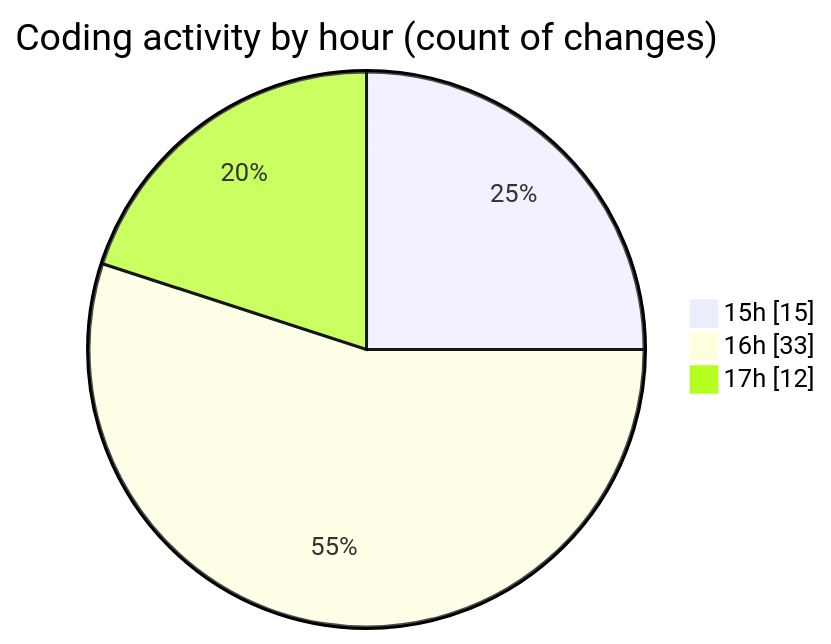
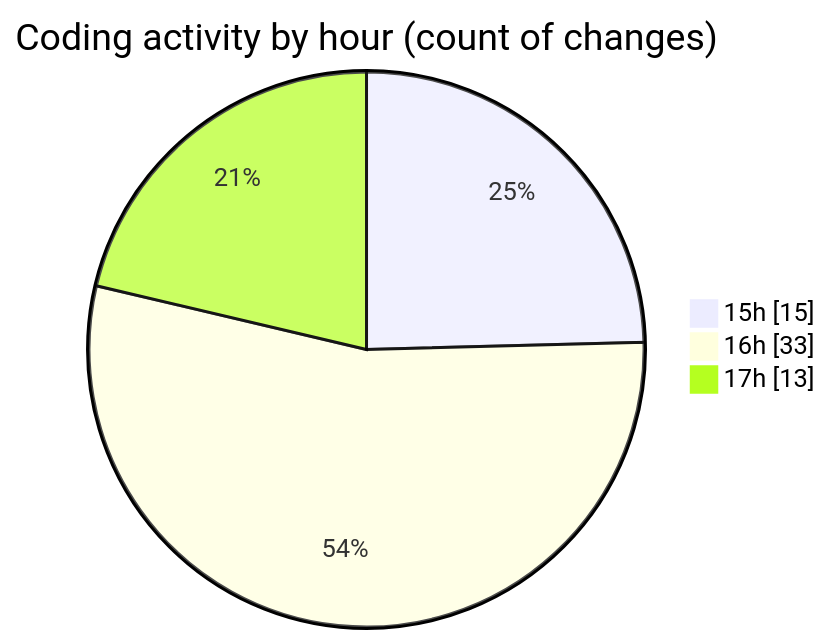
The second of 2 diagrams in 2025-02-25/trackers_app/README.md (donsfak/code-tracking), drawn with Mermaid before and after one commit. The commit also changed other lines of this file and 1 other file, not shown here.

````diff
--- a/2025-02-25/trackers_app/README.md
+++ b/2025-02-25/trackers_app/README.md
@@ -34,7 +34,7 @@
 ```mermaid
 pie showData
 title Coding activity by hour (count of changes)
 "15h" : 15
 "16h" : 33
-"17h" : 12
+"17h" : 13
 ```
````
